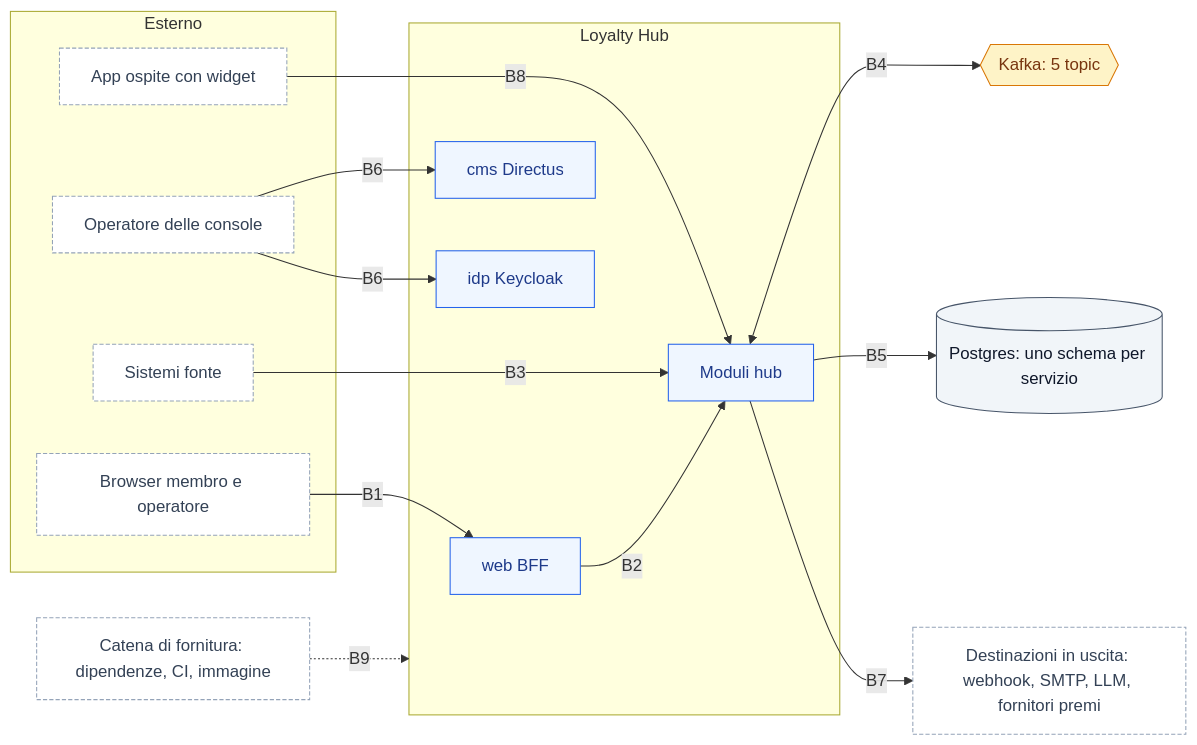
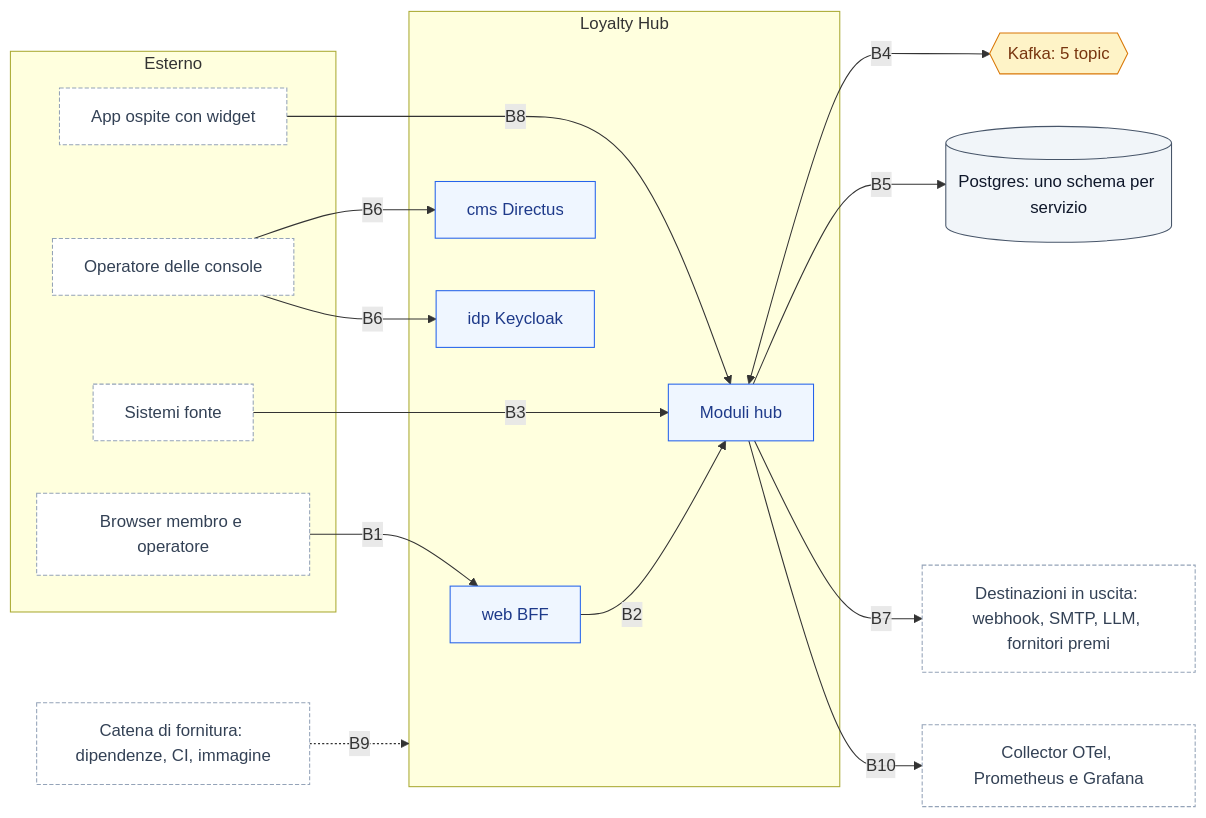
The diagram in docs/security/threat-model.md (peppe-ruv/Loyalty_Sys), drawn with Mermaid before and after one commit. The commit also changed other lines of this file and 40 other files, not shown here.

First line of the commit message:
feat(osservabilita): collector OpenTelemetry, dashboard SLO, allarmi e SLI azione → punti [F2-OBS-01, ADR-012, ADR-036, ADR-044, M8.6a, Q-520…Q-528] (#142)

````diff
--- a/docs/security/threat-model.md
+++ b/docs/security/threat-model.md
@@ -11,39 +11,41 @@
 ```mermaid
 flowchart LR
   accTitle: Confini di fiducia del Loyalty Hub
-  accDescr: Nove confini numerati da B1 a B9. Browser, app ospiti, sistemi fonte e operatori entrano dal gateway o dalle console; il BFF chiama i moduli con il token dell'utente; i moduli si parlano solo via Kafka con messaggi firmati, usano ciascuno il proprio schema Postgres e chiamano all'esterno solo destinazioni dichiarate; la catena di fornitura produce l'immagine.
+  accDescr: Dieci confini numerati da B1 a B10. Browser, app ospiti, sistemi fonte e operatori entrano dal gateway o dalle console; il BFF chiama i moduli con il token dell'utente; i moduli si parlano solo via Kafka con messaggi firmati, usano ciascuno il proprio schema Postgres e chiamano all'esterno solo destinazioni dichiarate; i moduli inviano metriche tecniche al collector OpenTelemetry, a Prometheus e a Grafana di chi installa; la catena di fornitura produce l'immagine.
   subgraph EXT[Esterno]
     B[Browser membro e operatore]
     H[App ospite con widget]
     SRC[Sistemi fonte]
     OP[Operatore delle console]
   end
   subgraph HUB[Loyalty Hub]
     WEB[web BFF]
     SVC[Moduli hub]
     CMS[cms Directus]
     IDP[idp Keycloak]
   end
   PG[(Postgres: uno schema per servizio)]
   KF{{Kafka: 5 topic}}
   OUT[Destinazioni in uscita: webhook, SMTP, LLM, fornitori premi]
   SC[Catena di fornitura: dipendenze, CI, immagine]
+  OBS[Collector OTel, Prometheus e Grafana]
   B -->|B1| WEB
   H -->|B8| SVC
   SRC -->|B3| SVC
   OP -->|B6| CMS
   OP -->|B6| IDP
   WEB -->|B2| SVC
   SVC <-->|B4| KF
   SVC -->|B5| PG
   SVC -->|B7| OUT
+  SVC -->|B10| OBS
   SC -.->|B9| HUB
   classDef svc fill:#EFF6FF,stroke:#2563EB,color:#1E3A8A
   classDef store fill:#F1F5F9,stroke:#475569,color:#0F172A
   classDef topic fill:#FEF3C7,stroke:#D97706,color:#78350F
   classDef ext fill:#FFFFFF,stroke:#94A3B8,stroke-dasharray:4 2,color:#334155
   class WEB,SVC,CMS,IDP svc
   class PG store
   class KF topic
-  class B,H,SRC,OP,OUT,SC ext
+  class B,H,SRC,OP,OUT,SC,OBS ext
 ```
````
